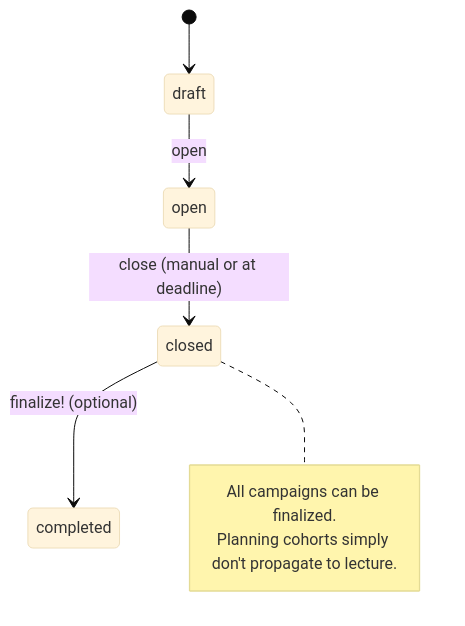
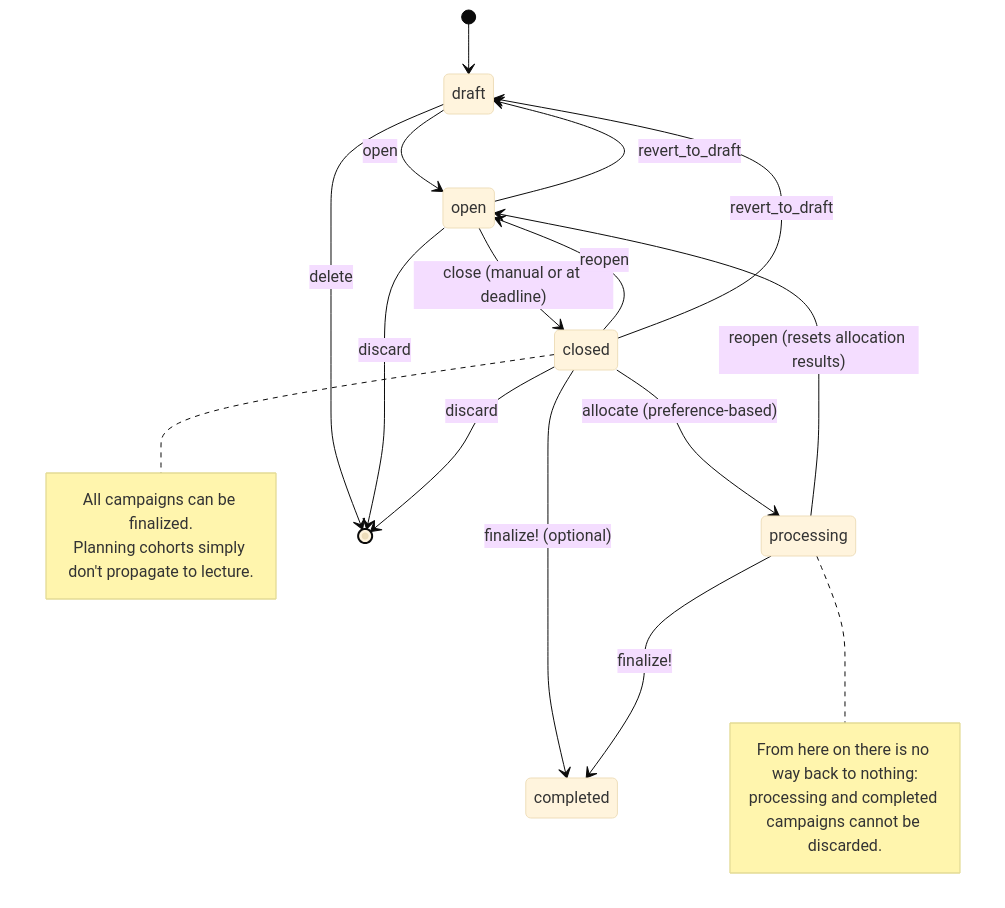
Before and after one commit to MaMpf-HD/mampf: the first of 6 diagrams in architecture/src/features/02-registration.md, drawn with Mermaid (base theme). The commit also changed other lines of this file and 2 other files, not shown here.

First line of the commit message:
Architecture book: Document new deletion rules for campaigns and groups (#1233)

````diff
--- a/architecture/src/features/02-registration.md
+++ b/architecture/src/features/02-registration.md
@@ -1373,12 +1484,26 @@
 ```mermaid
 stateDiagram-v2
     [*] --> draft
     draft --> open: open
     open --> closed: close (manual or at deadline)
+    closed --> open: reopen
+    closed --> processing: allocate (preference-based)
+    processing --> open: reopen (resets allocation results)
     closed --> completed: finalize! (optional)
+    processing --> completed: finalize!
+    draft --> [*]: delete
+    open --> [*]: discard
+    closed --> [*]: discard
+    open --> draft: revert_to_draft
+    closed --> draft: revert_to_draft
 
     note right of closed
         All campaigns can be finalized.
         Planning cohorts simply don't propagate to lecture.
     end note
+
+    note right of processing
+        From here on there is no way back to nothing:
+        processing and completed campaigns cannot be discarded.
+    end note
 ```
````
